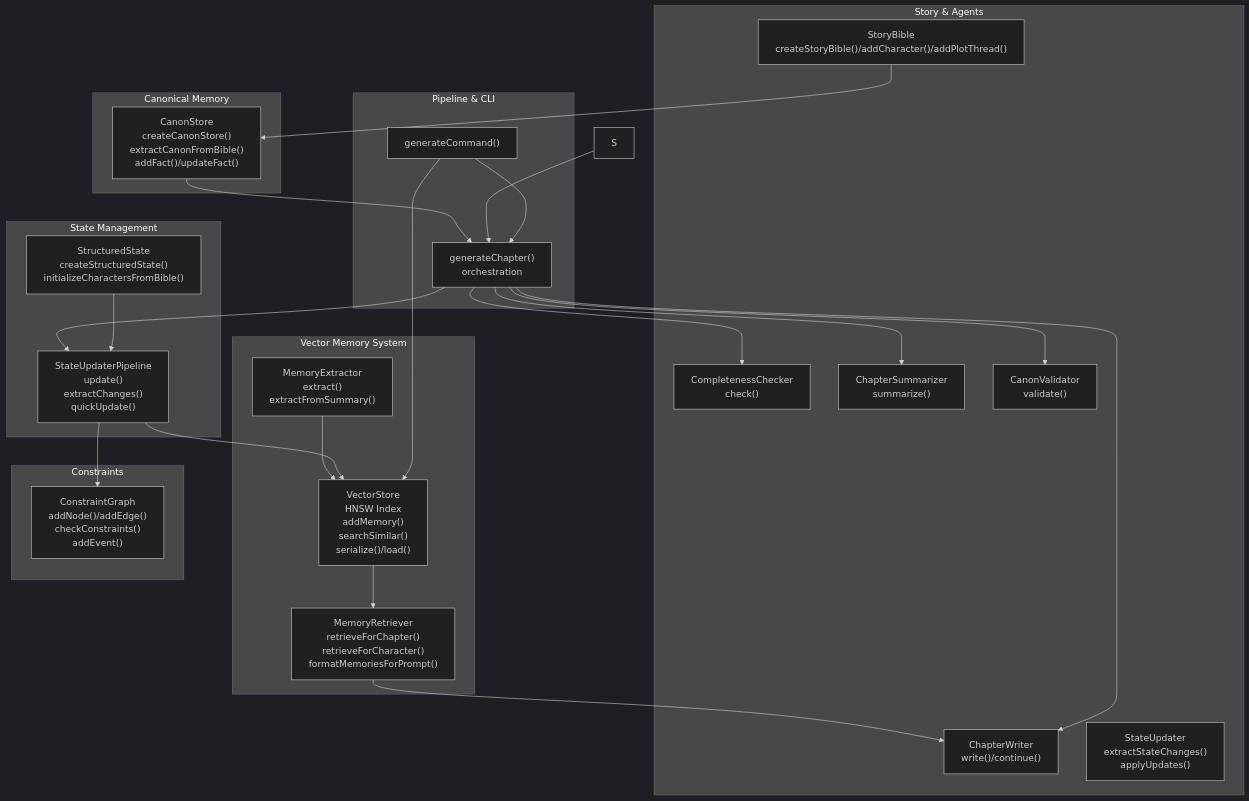
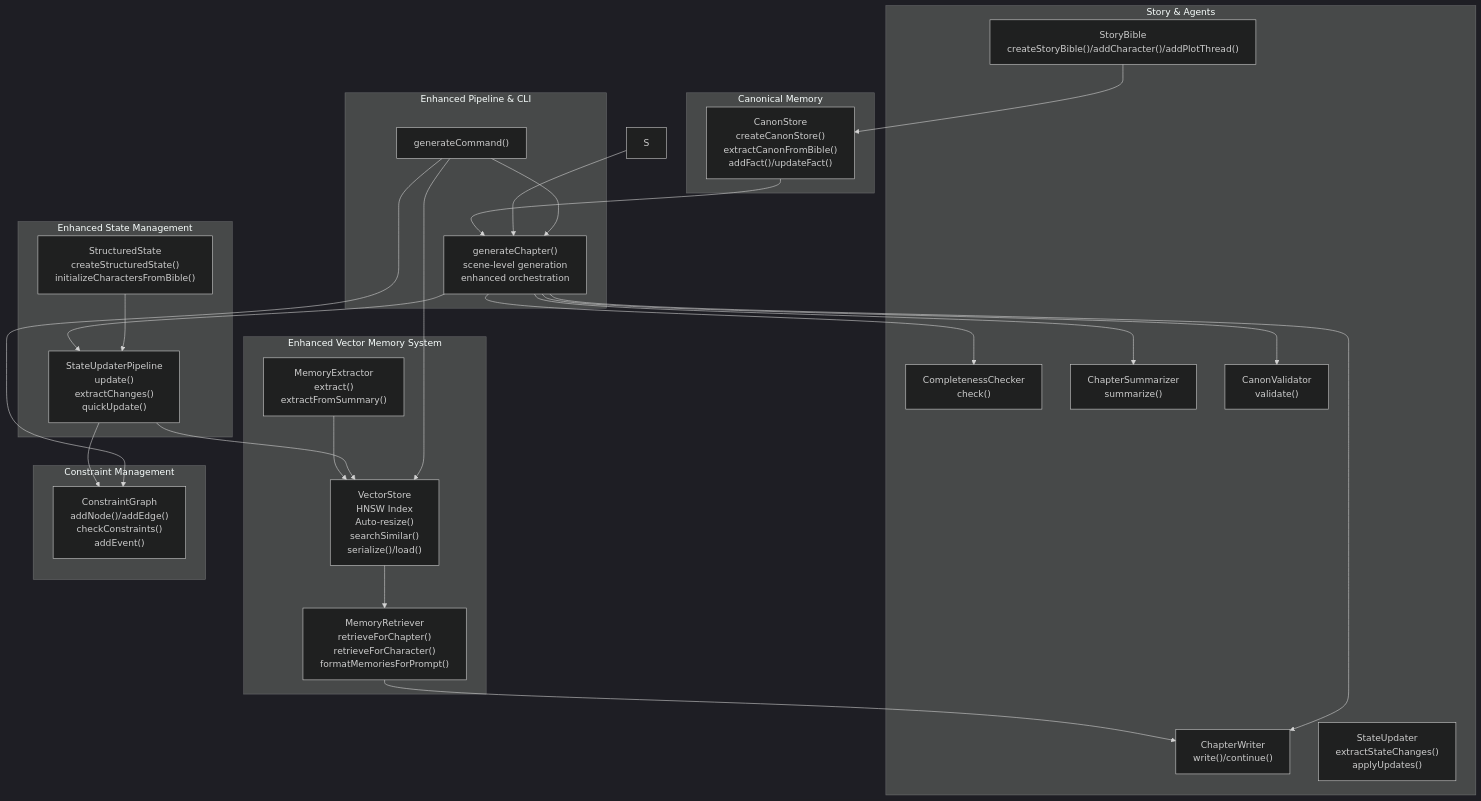
The first of 13 diagrams in .qoder/repowiki/en/content/Memory Management System/Memory Management System.md (liwonder/NARRITIVE_OS), drawn with Mermaid (dark theme) before and after one commit. The commit also changed other lines of this file and 12 other files, not shown here.

````diff
--- a/.qoder/repowiki/en/content/Memory Management System/Memory Management System.md
+++ b/.qoder/repowiki/en/content/Memory Management System/Memory Management System.md
@@ -64,46 +64,47 @@
 ```mermaid
 graph TB
-subgraph "Vector Memory System"
-VS["VectorStore<br/>HNSW Index<br/>addMemory()<br/>searchSimilar()<br/>serialize()/load()"]
+subgraph "Enhanced Vector Memory System"
+VS["VectorStore<br/>HNSW Index<br/>Auto-resize()<br/>searchSimilar()<br/>serialize()/load()"]
 MR["MemoryRetriever<br/>retrieveForChapter()<br/>retrieveForCharacter()<br/>formatMemoriesForPrompt()"]
 ME["MemoryExtractor<br/>extract()<br/>extractFromSummary()"]
 end
 subgraph "Canonical Memory"
 CS["CanonStore<br/>createCanonStore()<br/>extractCanonFromBible()<br/>addFact()/updateFact()"]
 end
-subgraph "State Management"
+subgraph "Enhanced State Management"
 SS["StructuredState<br/>createStructuredState()<br/>initializeCharactersFromBible()"]
 SU["StateUpdaterPipeline<br/>update()<br/>extractChanges()<br/>quickUpdate()"]
 end
 subgraph "Story & Agents"
 B["StoryBible<br/>createStoryBible()/addCharacter()/addPlotThread()"]
 W["ChapterWriter<br/>write()/continue()"]
 C["CompletenessChecker<br/>check()"]
 Z["ChapterSummarizer<br/>summarize()"]
 V["CanonValidator<br/>validate()"]
 SU2["StateUpdater<br/>extractStateChanges()<br/>applyUpdates()"]
 end
-subgraph "Pipeline & CLI"
-G["generateChapter()<br/>orchestration"]
+subgraph "Enhanced Pipeline & CLI"
+G["generateChapter()<br/>scene-level generation<br/>enhanced orchestration"]
 CMD["generateCommand()"]
 end
-subgraph "Constraints"
+subgraph "Constraint Management"
 CG["ConstraintGraph<br/>addNode()/addEdge()<br/>checkConstraints()<br/>addEvent()"]
 end
 B --> CS
 CS --> G
 VS --> MR
 MR --> W
 ME --> VS
 G --> W
 G --> C
 G --> Z
 G --> V
 G --> SU
 SS --> SU
 SU --> VS
 SU --> CG
 S --> G
 CMD --> G
 CMD --> VS
+CMD --> CG
 ```
````
